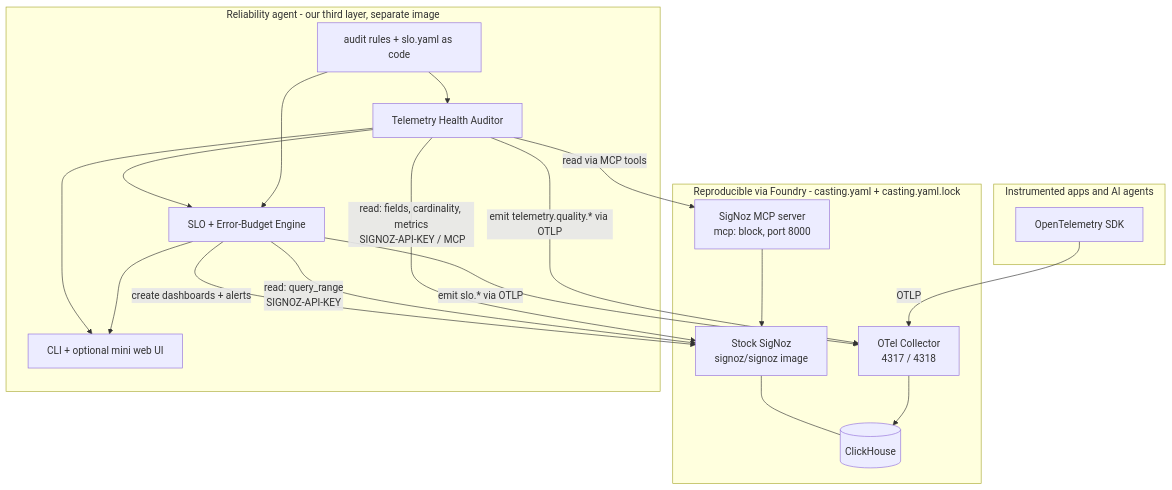
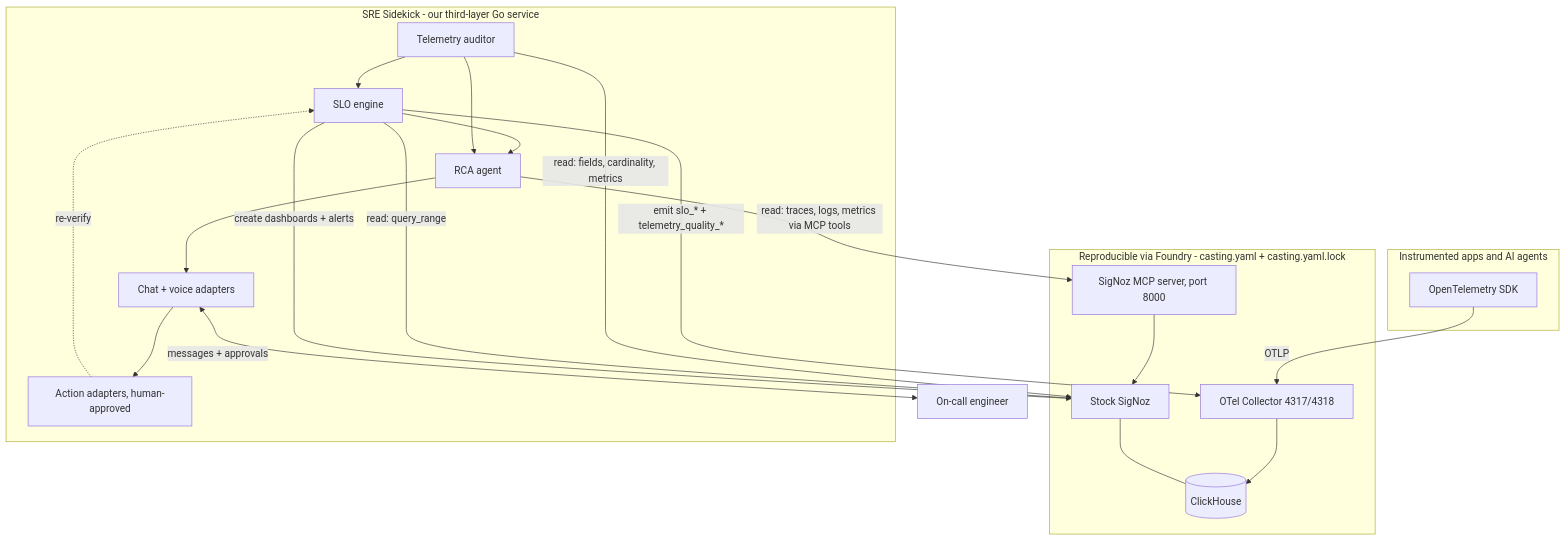
One commit to SigNoz/signoz changed the second of 4 diagrams in hackathon/telemetry-health-auditor-prd.md. Above: the diagram before and after it, drawn with Mermaid. The commit also changed other lines of this file, not shown here.

First line of the commit message:
docs(prd): pivot to SRE Sidekick - AI reliability agent grounded on SigNoz

````diff
--- a/hackathon/telemetry-health-auditor-prd.md
+++ b/hackathon/telemetry-health-auditor-prd.md
@@ -168,35 +208,37 @@
 ```mermaid
 flowchart TD
     subgraph apps[Instrumented apps and AI agents]
         SDK[OpenTelemetry SDK]
     end
 
     subgraph foundry[Reproducible via Foundry - casting.yaml + casting.yaml.lock]
-        COL[OTel Collector\n 4317 / 4318]
-        SZ[Stock SigNoz\n signoz/signoz image]
-        MCP[SigNoz MCP server\n mcp: block, port 8000]
+        COL[OTel Collector 4317/4318]
+        SZ[Stock SigNoz]
+        MCP[SigNoz MCP server, port 8000]
         CH[(ClickHouse)]
         SDK -->|OTLP| COL --> CH
         SZ --- CH
         MCP --> SZ
     end
 
-    subgraph ours[Reliability agent - our third layer, separate image]
-        AUD[Telemetry Health Auditor]
-        SLO[SLO + Error-Budget Engine]
-        CFG[audit rules + slo.yaml as code]
-        OUT[CLI + optional mini web UI]
-        CFG --> AUD
-        CFG --> SLO
+    subgraph sidekick[SRE Sidekick - our third-layer Go service]
+        AUD[Telemetry auditor]
+        SLO[SLO engine]
+        RCA[RCA agent]
+        NOTIFY[Chat + voice adapters]
+        ACT[Action adapters, human-approved]
         AUD --> SLO
-        SLO --> OUT
-        AUD --> OUT
+        SLO --> RCA
+        AUD --> RCA
+        RCA --> NOTIFY
+        NOTIFY --> ACT
+        ACT -. re-verify .-> SLO
     end
 
-    AUD -->|read: fields, cardinality, metrics\n SIGNOZ-API-KEY / MCP| SZ
-    SLO -->|read: query_range\n SIGNOZ-API-KEY| SZ
-    AUD -->|read via MCP tools| MCP
-    AUD -->|emit telemetry.quality.* via OTLP| COL
-    SLO -->|emit slo.* via OTLP| COL
+    AUD -->|read: fields, cardinality, metrics| SZ
+    SLO -->|read: query_range| SZ
+    RCA -->|read: traces, logs, metrics via MCP tools| MCP
+    SLO -->|emit slo_* + telemetry_quality_*| COL
     SLO -->|create dashboards + alerts| SZ
+    NOTIFY <-->|messages + approvals| USER[On-call engineer]
 ```
````
